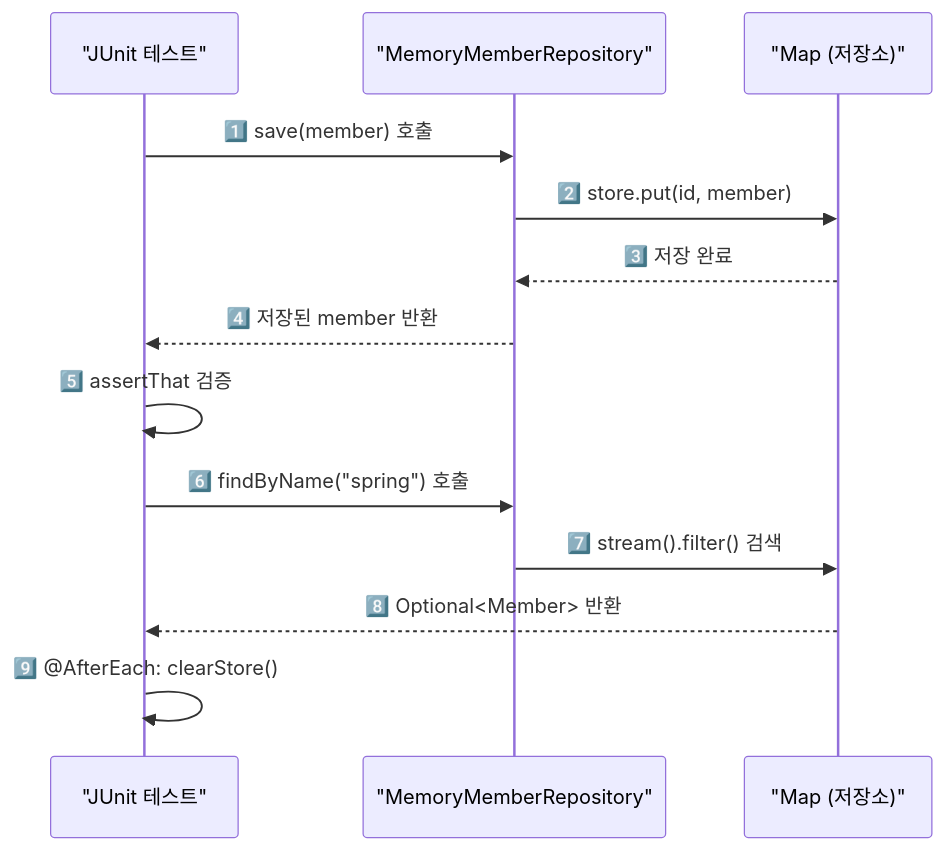
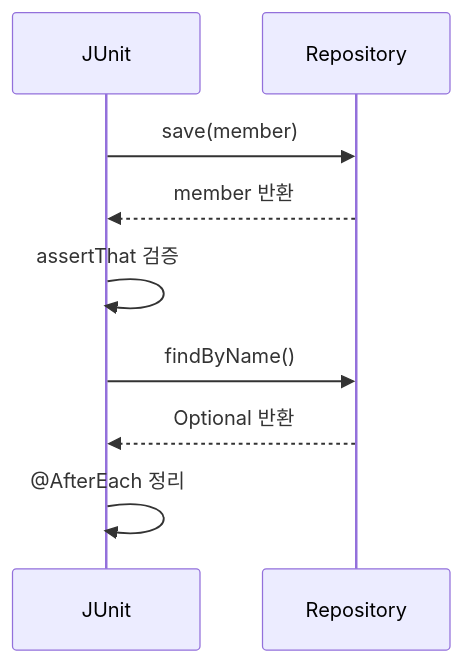
The third of 5 diagrams in _posts/springboot/2021-05-30-springboot-회원 관리 예제.md (yjkim2015/yjkim2015.github.io), drawn with Mermaid before and after one commit. The commit also changed 155 other files, not shown here.

First line of the commit message:
Mermaid 전면 수정: subgraph 제거, participant/노드/줄수 축소 (342블록)

````diff
--- a/_posts/springboot/2021-05-30-springboot-회원 관리 예제.md
+++ b/_posts/springboot/2021-05-30-springboot-회원 관리 예제.md
@@ -154,15 +154,11 @@
 ```mermaid
 sequenceDiagram
-    participant T as "JUnit 테스트"
-    participant R as "MemoryMemberRepository"
-    participant S as "Map (저장소)"
-    T->>R: 1️⃣ save(member) 호출
-    R->>S: 2️⃣ store.put(id, member)
-    S-->>R: 3️⃣ 저장 완료
-    R-->>T: 4️⃣ 저장된 member 반환
-    T->>T: 5️⃣ assertThat 검증
-    T->>R: 6️⃣ findByName("spring") 호출
-    R->>S: 7️⃣ stream().filter() 검색
-    S-->>T: 8️⃣ Optional<Member> 반환
-    T->>T: 9️⃣ @AfterEach: clearStore()
+    participant T as JUnit
+    participant R as Repository
+    T->>R: save(member)
+    R-->>T: member 반환
+    T->>T: assertThat 검증
+    T->>R: findByName()
+    R-->>T: Optional 반환
+    T->>T: @AfterEach 정리
 ```
````
